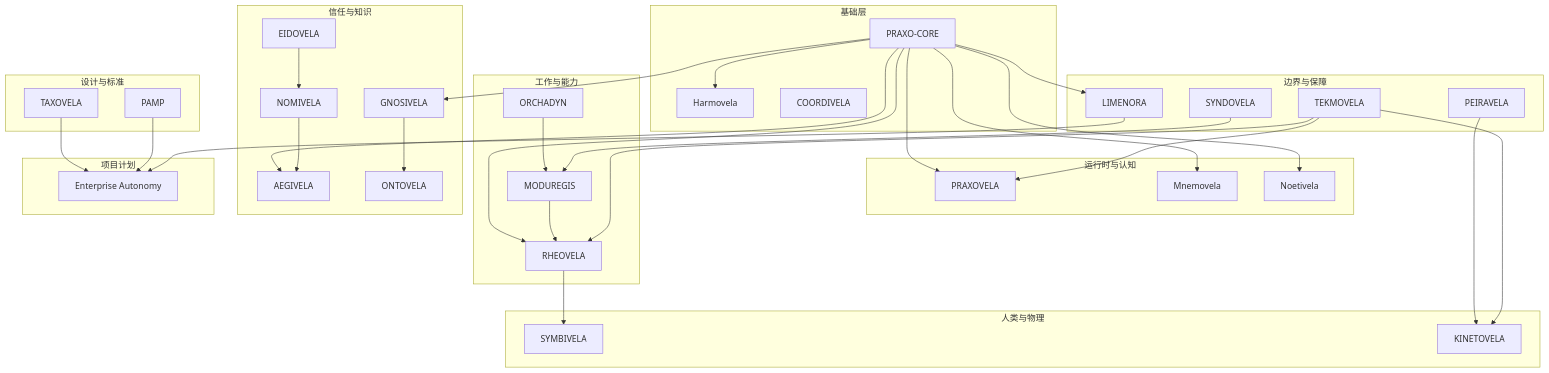
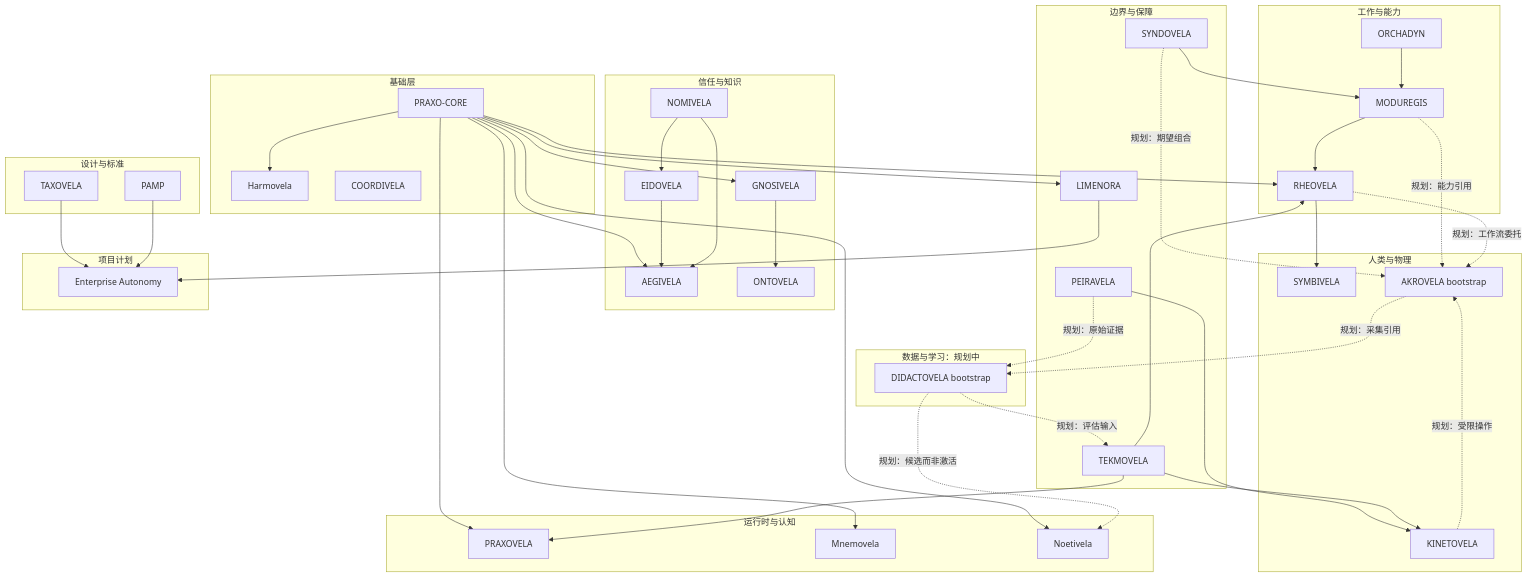
Before and after one commit to axisvela/axisvela-open: the diagram in docs/zh/ecosystem-map.md, drawn with Mermaid. The commit also changed other lines of this file and 42 other files, not shown here.

````diff
--- a/docs/zh/ecosystem-map.md
+++ b/docs/zh/ecosystem-map.md
@@ -8,65 +13,78 @@
 ```mermaid
 flowchart TB
   subgraph design["设计与标准"]
     TAX[TAXOVELA]
     PAMP[PAMP]
   end
   subgraph foundation["基础层"]
     PC[PRAXO-CORE]
     HV[Harmovela]
     CV[COORDIVELA]
   end
   subgraph runtime["运行时与认知"]
     PV[PRAXOVELA]
     MN[Mnemovela]
     NV[Noetivela]
   end
   subgraph work["工作与能力"]
     OD[ORCHADYN]
     MR[MODUREGIS]
     RV[RHEOVELA]
   end
   subgraph trust["信任与知识"]
     EI[EIDOVELA]
     NM[NOMIVELA]
     AE[AEGIVELA]
     GN[GNOSIVELA]
     ON[ONTOVELA]
   end
   subgraph boundary["边界与保障"]
     LM[LIMENORA]
     TK[TEKMOVELA]
     PR[PEIRAVELA]
     SD[SYNDOVELA]
   end
   subgraph human["人类与物理"]
     SB[SYMBIVELA]
     KN[KINETOVELA]
+    AK[AKROVELA bootstrap]
+  end
+  subgraph learning["数据与学习：规划中"]
+    DD[DIDACTOVELA bootstrap]
   end
   subgraph program["项目计划"]
     EA[Enterprise Autonomy]
   end
 
   PC --> PV
   PC --> NV
   PC --> MN
   PC --> HV
   PC --> GN
   PC --> AE
   PC --> LM
   PC --> RV
-  EI --> NM
+  NM --> EI
+  EI --> AE
   NM --> AE
   GN --> ON
   OD --> MR
   MR --> RV
   RV --> SB
   TK --> PV
   TK --> RV
   PR --> KN
   TK --> KN
   SD --> MR
   TAX --> EA
   PAMP --> EA
   LM --> EA
+  KN -. 规划：受限操作 .-> AK
+  SD -. 规划：期望组合 .-> AK
+  MR -. 规划：能力引用 .-> AK
+  RV -. 规划：工作流委托 .-> AK
+  AK -. 规划：采集引用 .-> DD
+  PR -. 规划：原始证据 .-> DD
+  DD -. 规划：候选而非激活 .-> NV
+  DD -. 规划：评估输入 .-> TK
 ```
````
